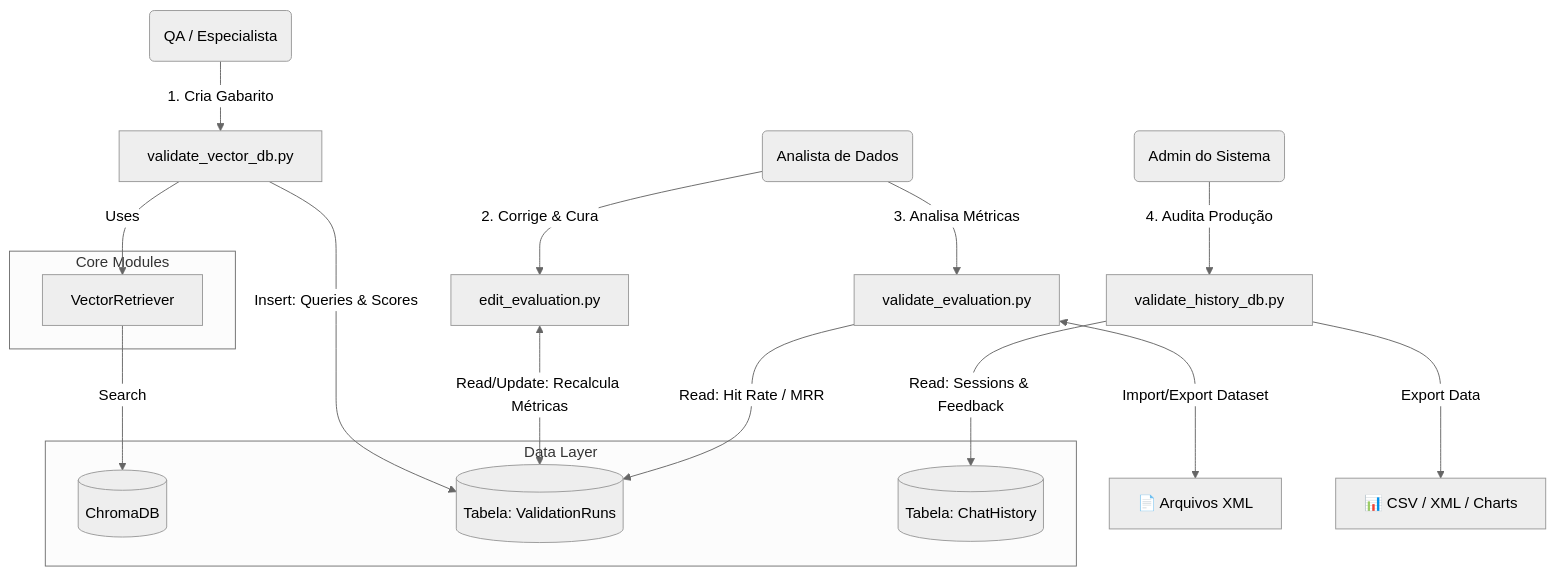
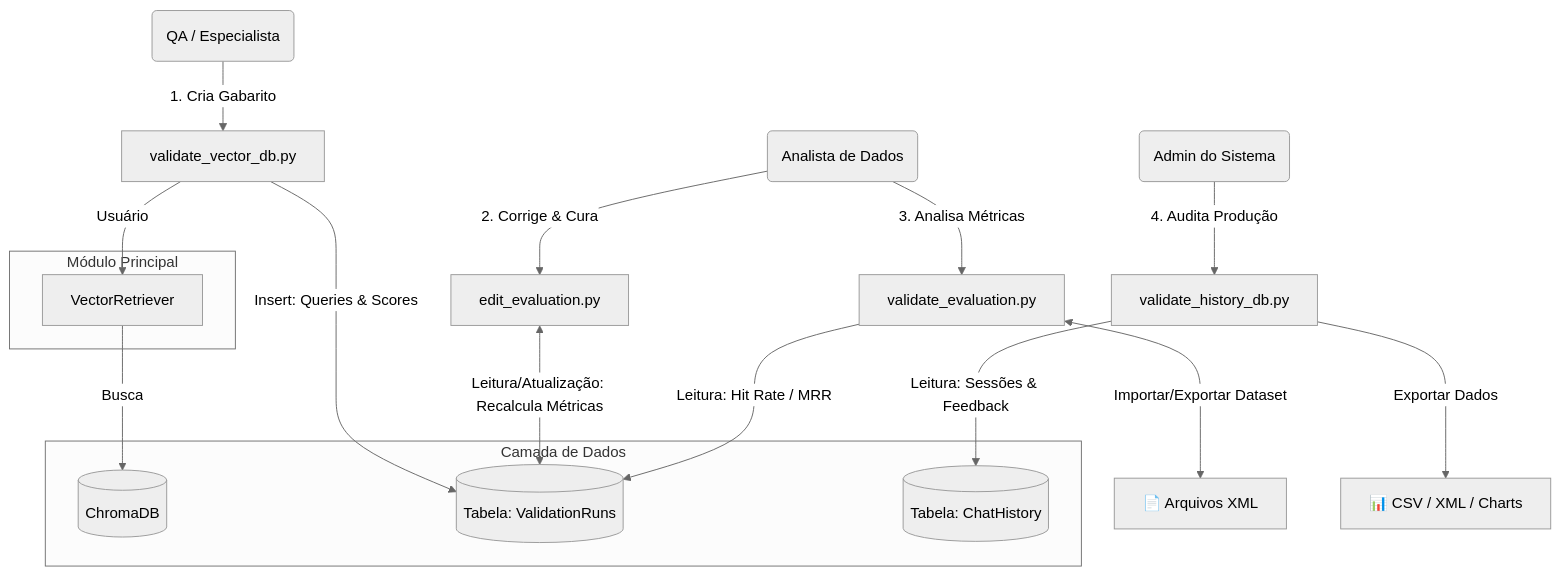
One commit to AugustoCamilo/UFG_NLP_rag_chatbot changed the second of 3 diagrams in rag_chatbot/README.md. Above: the diagram before and after it, drawn with Mermaid (neutral theme). The commit also changed other lines of this file and 6 other files, not shown here.

````diff
--- a/rag_chatbot/README.md
+++ b/rag_chatbot/README.md
@@ -55,37 +55,37 @@
 ```mermaid
 graph TD
     %% Atores (Humanos)
     QA(QA / Especialista) -->|1. Cria Gabarito| ValDB[validate_vector_db.py]
     Analyst(Analista de Dados) -->|2. Corrige & Cura| ValEdit[edit_evaluation.py]
     Analyst -->|3. Analisa Métricas| ValEval[validate_evaluation.py]
     Admin(Admin do Sistema) -->|4. Audita Produção| ValHist[validate_history_db.py]
 
     %% Componentes Reutilizados do Core
-    subgraph "Core Modules"
-        Retriever[VectorRetriever]
+    subgraph "Módulo Principal"
+        Recuperador[VectorRetriever]
     end
 
     %% Armazenamento
-    subgraph "Data Layer"
+    subgraph "Camada de Dados"
         VectorDB[(ChromaDB)]
         SQL_Val[(Tabela: ValidationRuns)]
         SQL_Prod[(Tabela: ChatHistory)]
     end
 
     %% Fluxo de Coleta (Criação)
-    ValDB -->|Uses| Retriever
-    Retriever -->|Search| VectorDB
+    ValDB -->|Usuário| Recuperador
+    Recuperador -->|Busca| VectorDB
     ValDB -->|Insert: Queries & Scores| SQL_Val
 
     %% Fluxo de Curadoria (Edição)
-    ValEdit <-->|Read/Update: Recalcula Métricas| SQL_Val
+    ValEdit <-->|Leitura/Atualização: Recalcula Métricas| SQL_Val
 
     %% Fluxo de Análise (Leitura)
-    ValEval -->|Read: Hit Rate / MRR| SQL_Val
-    ValEval <-->|Import/Export Dataset| XML[📄 Arquivos XML]
+    ValEval -->|Leitura: Hit Rate / MRR| SQL_Val
+    ValEval <-->|Importar/Exportar Dataset| XML[📄 Arquivos XML]
 
     %% Fluxo de Auditoria (Produção)
-    ValHist -->|Read: Sessions & Feedback| SQL_Prod
-    ValHist -->|Export Data| CSV[📊 CSV / XML / Charts]
+    ValHist -->|Leitura: Sessões & Feedback| SQL_Prod
+    ValHist -->|Exportar Dados| CSV[📊 CSV / XML / Charts]
 
 ```
````
